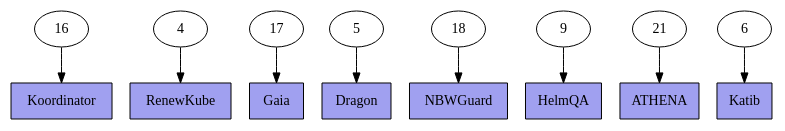
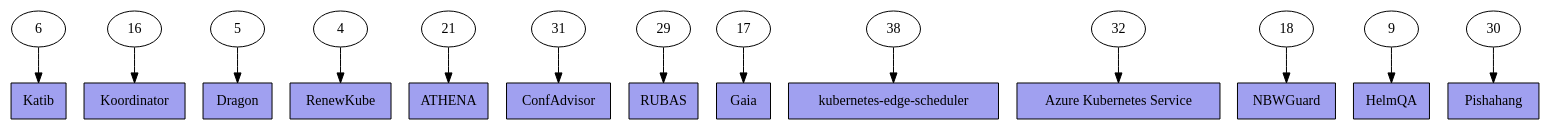
One commit to serviceprototypinglab/kubernetes-literature-dataset changed the diagram in graphs/sldgraph-tech.dot. Above: the diagram before and after it, drawn with Graphviz. The commit also changed 21 other files, not shown here.

Commit message:
- graphs update

```diff
--- a/graphs/sldgraph-tech.dot
+++ b/graphs/sldgraph-tech.dot
@@ -1,27 +1,42 @@
 digraph sldgraph {
 overlap=false;
-_S39996 -> _S79999;
-_S35159 -> _S63090;
-_S75868 -> _S17940;
-_S17482 -> _S82632;
-_S74022 -> _S11753;
-_S96801 -> _S54562;
-_S67272 -> _S69928;
-_S94162 -> _S56514;
-_S11753 [label="NBWGuard",shape=box,style=filled,fillcolor="#a0a0f0"];
-_S79999 [label="Koordinator",shape=box,style=filled,fillcolor="#a0a0f0"];
-_S82632 [label="Dragon",shape=box,style=filled,fillcolor="#a0a0f0"];
-_S54562 [label="HelmQA",shape=box,style=filled,fillcolor="#a0a0f0"];
-_S96801 [label="9"];
-_S69928 [label="ATHENA",shape=box,style=filled,fillcolor="#a0a0f0"];
-_S75868 [label="17"];
-_S17482 [label="5"];
-_S63090 [label="RenewKube",shape=box,style=filled,fillcolor="#a0a0f0"];
-_S39996 [label="16"];
-_S94162 [label="6"];
-_S56514 [label="Katib",shape=box,style=filled,fillcolor="#a0a0f0"];
-_S74022 [label="18"];
-_S67272 [label="21"];
-_S35159 [label="4"];
-_S17940 [label="Gaia",shape=box,style=filled,fillcolor="#a0a0f0"];
+_S23976 -> _S15643;
+_S71901 -> _S33006;
+_S93810 -> _S89101;
+_S31125 -> _S27842;
+_S11271 -> _S68945;
+_S28689 -> _S14235;
+_S12028 -> _S99827;
+_S46365 -> _S90854;
+_S37774 -> _S44318;
+_S22284 -> _S69676;
+_S13883 -> _S84842;
+_S50202 -> _S63019;
+_S68059 -> _S14062;
+_S12028 [label="29"];
+_S90854 [label="Gaia",shape=box,style=filled,fillcolor="#a0a0f0"];
+_S71901 [label="16"];
+_S31125 [label="4"];
+_S13883 [label="18"];
+_S33006 [label="Koordinator",shape=box,style=filled,fillcolor="#a0a0f0"];
+_S15643 [label="Katib",shape=box,style=filled,fillcolor="#a0a0f0"];
+_S28689 [label="31"];
+_S93810 [label="5"];
+_S84842 [label="NBWGuard",shape=box,style=filled,fillcolor="#a0a0f0"];
+_S68945 [label="ATHENA",shape=box,style=filled,fillcolor="#a0a0f0"];
+_S14062 [label="Pishahang",shape=box,style=filled,fillcolor="#a0a0f0"];
+_S14235 [label="ConfAdvisor",shape=box,style=filled,fillcolor="#a0a0f0"];
+_S68059 [label="30"];
+_S46365 [label="17"];
+_S11271 [label="21"];
+_S99827 [label="RUBAS",shape=box,style=filled,fillcolor="#a0a0f0"];
+_S89101 [label="Dragon",shape=box,style=filled,fillcolor="#a0a0f0"];
+_S50202 [label="9"];
+_S44318 [label="kubernetes-edge-scheduler",shape=box,style=filled,fillcolor="#a0a0f0"];
+_S63019 [label="HelmQA",shape=box,style=filled,fillcolor="#a0a0f0"];
+_S22284 [label="32"];
+_S69676 [label="Azure Kubernetes Service",shape=box,style=filled,fillcolor="#a0a0f0"];
+_S27842 [label="RenewKube",shape=box,style=filled,fillcolor="#a0a0f0"];
+_S37774 [label="38"];
+_S23976 [label="6"];
 }
```
